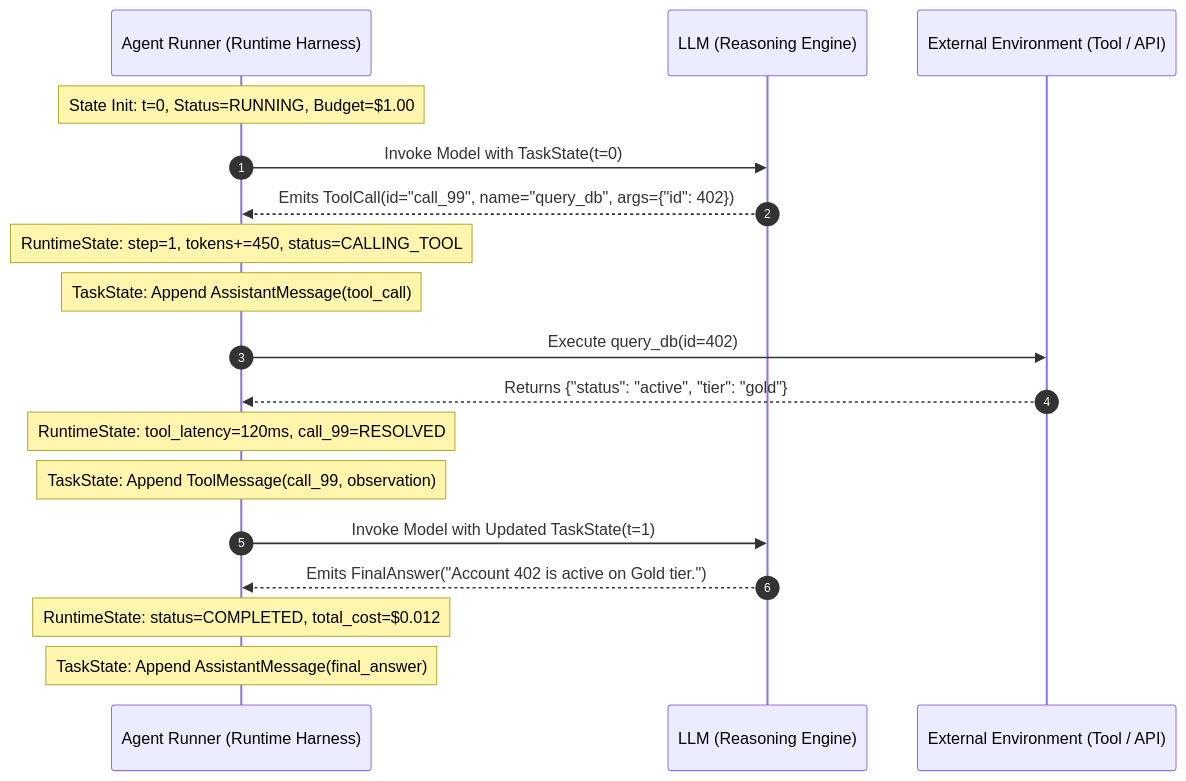
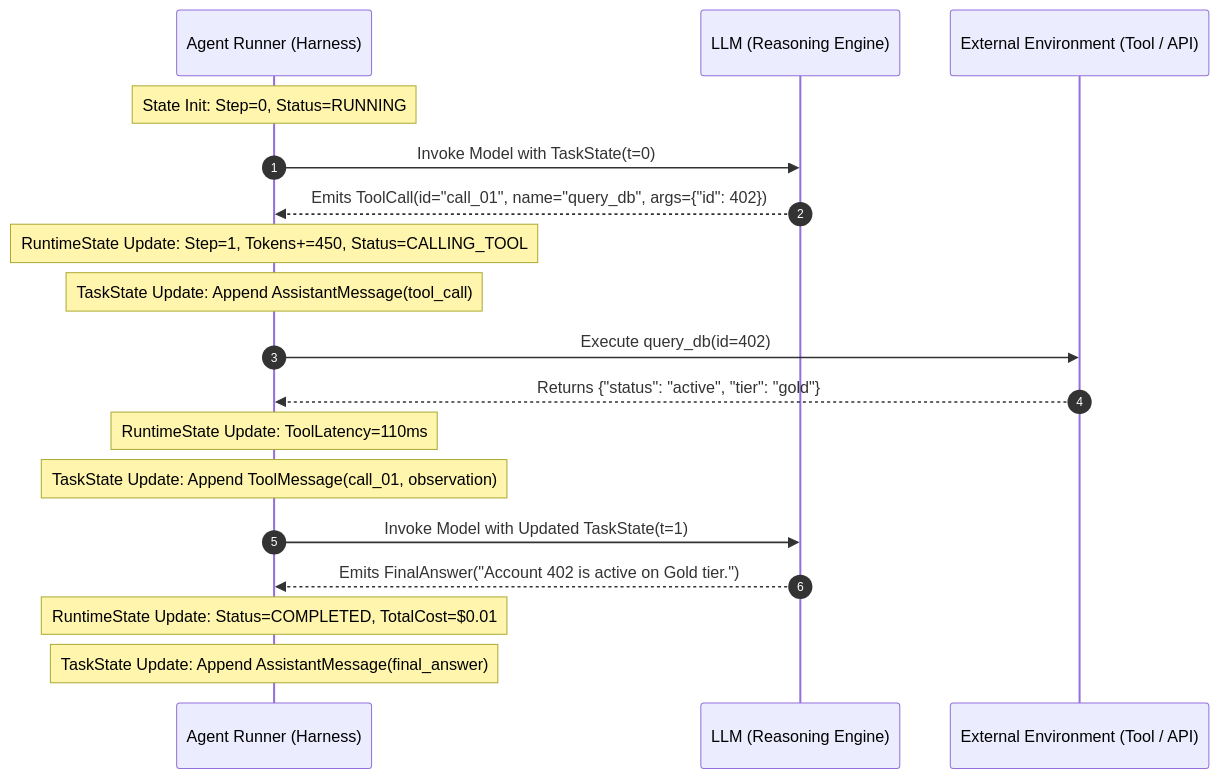
One commit to sivaskm/agentic-ai-engineering changed the seventh of 7 diagrams in module-01-agentic-ai-foundations/content/02-anatomy-of-an-agent-and-state.md. Above: the diagram before and after it, drawn with Mermaid. The commit also changed other lines of this file, not shown here.

````diff
--- a/module-01-agentic-ai-foundations/content/02-anatomy-of-an-agent-and-state.md
+++ b/module-01-agentic-ai-foundations/content/02-anatomy-of-an-agent-and-state.md
@@ -221,26 +243,26 @@
 ```mermaid
 sequenceDiagram
     autonumber
-    participant Harness as Agent Runner (Runtime Harness)
+    participant Runner as Agent Runner (Harness)
     participant Model as LLM (Reasoning Engine)
     participant Env as External Environment (Tool / API)
 
-    Note over Harness: State Init: t=0, Status=RUNNING, Budget=$1.00
-    Harness->>Model: Invoke Model with TaskState(t=0)
-    Model-->>Harness: Emits ToolCall(id="call_99", name="query_db", args={"id": 402})
+    Note over Runner: State Init: Step=0, Status=RUNNING
+    Runner->>Model: Invoke Model with TaskState(t=0)
+    Model-->>Runner: Emits ToolCall(id="call_01", name="query_db", args={"id": 402})
     
-    Note over Harness: RuntimeState: step=1, tokens+=450, status=CALLING_TOOL
-    Note over Harness: TaskState: Append AssistantMessage(tool_call)
+    Note over Runner: RuntimeState Update: Step=1, Tokens+=450, Status=CALLING_TOOL
+    Note over Runner: TaskState Update: Append AssistantMessage(tool_call)
     
-    Harness->>Env: Execute query_db(id=402)
-    Env-->>Harness: Returns {"status": "active", "tier": "gold"}
+    Runner->>Env: Execute query_db(id=402)
+    Env-->>Runner: Returns {"status": "active", "tier": "gold"}
     
-    Note over Harness: RuntimeState: tool_latency=120ms, call_99=RESOLVED
-    Note over Harness: TaskState: Append ToolMessage(call_99, observation)
+    Note over Runner: RuntimeState Update: ToolLatency=110ms
+    Note over Runner: TaskState Update: Append ToolMessage(call_01, observation)
     
-    Harness->>Model: Invoke Model with Updated TaskState(t=1)
-    Model-->>Harness: Emits FinalAnswer("Account 402 is active on Gold tier.")
+    Runner->>Model: Invoke Model with Updated TaskState(t=1)
+    Model-->>Runner: Emits FinalAnswer("Account 402 is active on Gold tier.")
     
-    Note over Harness: RuntimeState: status=COMPLETED, total_cost=$0.012
-    Note over Harness: TaskState: Append AssistantMessage(final_answer)
+    Note over Runner: RuntimeState Update: Status=COMPLETED, TotalCost=$0.01
+    Note over Runner: TaskState Update: Append AssistantMessage(final_answer)
 ```
````
